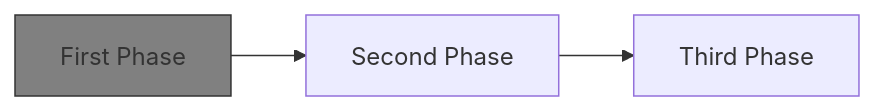
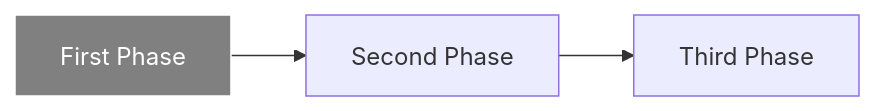
The diagram in accolades.md (tcwbot/public), drawn with Mermaid before and after one commit.

````diff
--- a/accolades.md
+++ b/accolades.md
@@ -5,7 +5,7 @@
 ```mermaid
 graph LR
 A[First Phase]
 -->B[Second Phase]
 -->C[Third Phase]
-style A fill:grey,stroke:#333,stroke-width:px
+style A fill:grey,stroke:white,stroke-width:1px,color:#fff
 ```
````
